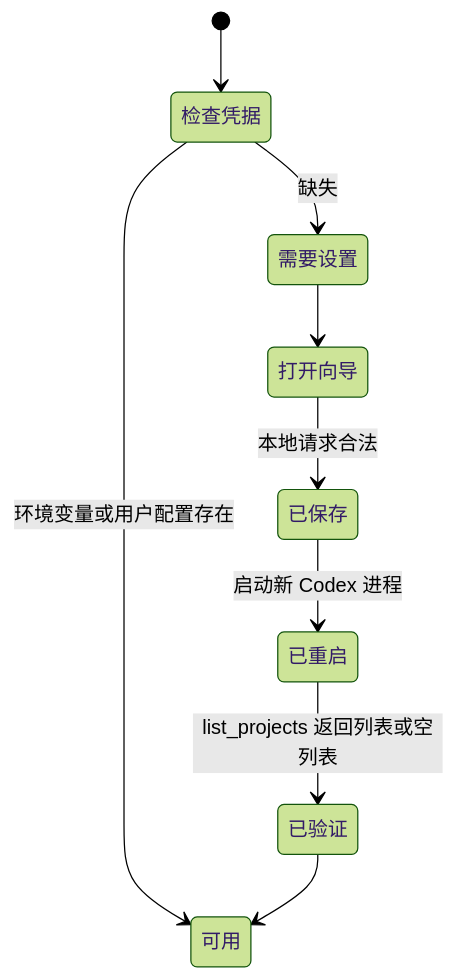
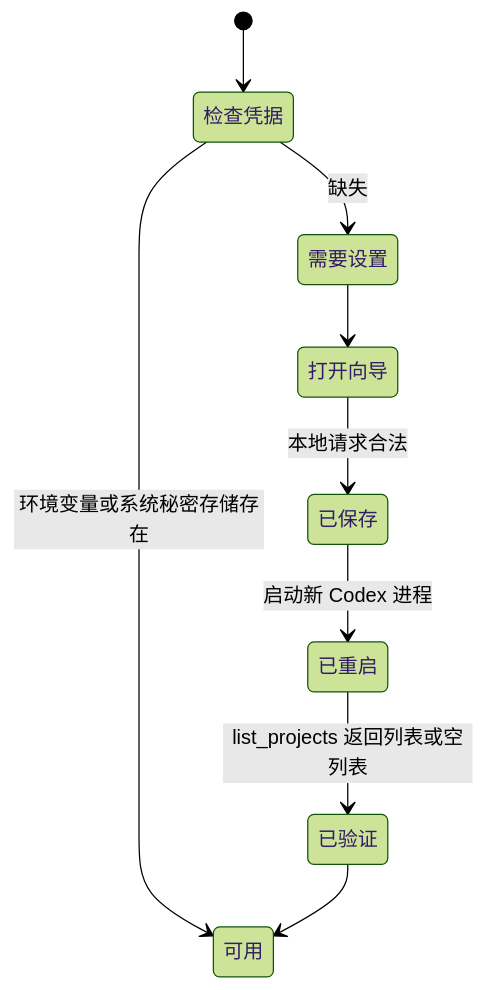
The eighth of 11 diagrams in docs/Stitch-Design-Architecture.zh_CN.md (full-stack-plugins/stitch-design-plugin), drawn with Mermaid (forest theme) before and after one commit. The commit also changed other lines of this file and 9 other files, not shown here.

````diff
--- a/docs/Stitch-Design-Architecture.zh_CN.md
+++ b/docs/Stitch-Design-Architecture.zh_CN.md
@@ -169,11 +171,11 @@
 ```mermaid
 stateDiagram-v2
     [*] --> 检查凭据
-    检查凭据 --> 可用: 环境变量或用户配置存在
+    检查凭据 --> 可用: 环境变量或系统秘密存储存在
     检查凭据 --> 需要设置: 缺失
     需要设置 --> 打开向导
     打开向导 --> 已保存: 本地请求合法
     已保存 --> 已重启: 启动新 Codex 进程
     已重启 --> 已验证: list_projects 返回列表或空列表
     已验证 --> 可用
 ```
````
